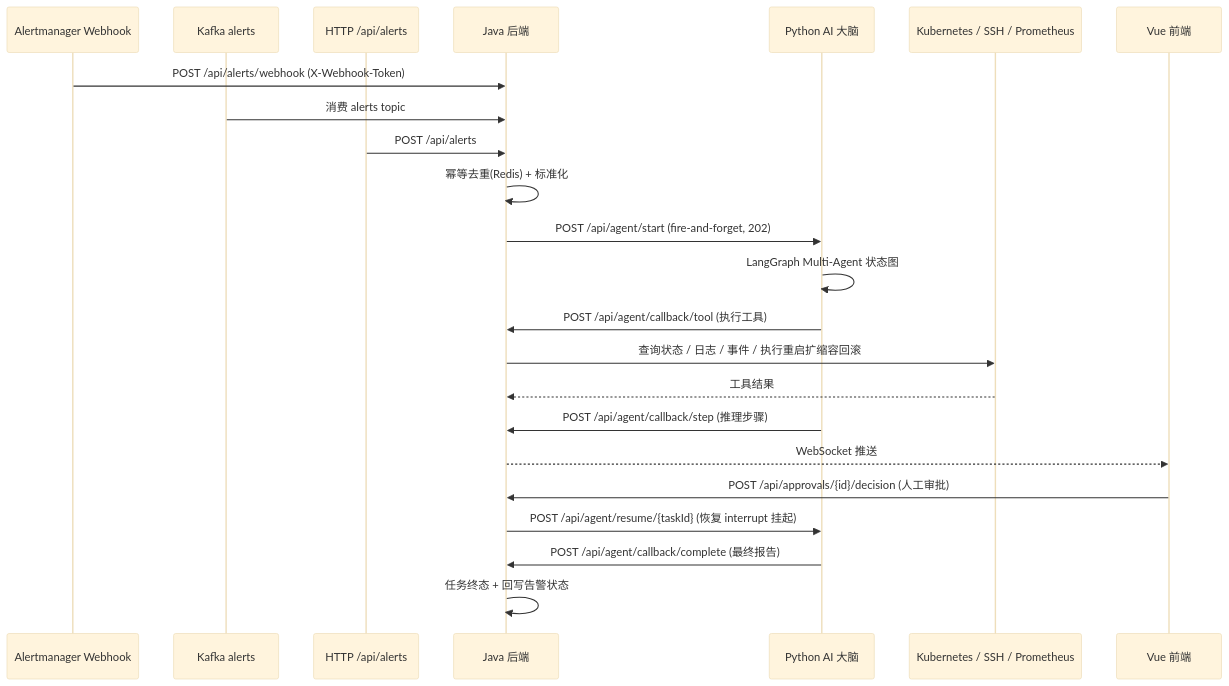
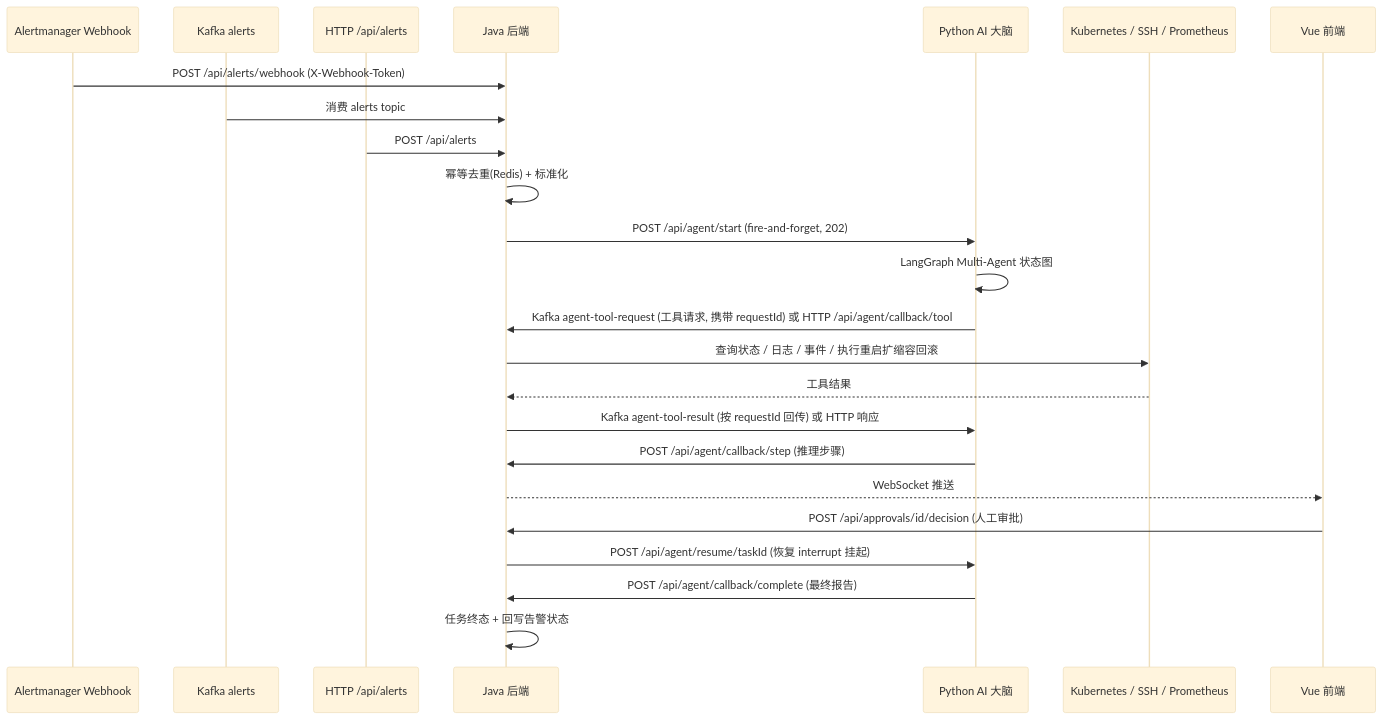
One commit to scwjsdgs/AiOps changed the first of 2 diagrams in docs/architecture.md. Above: the diagram before and after it, drawn with Mermaid (base theme). The commit also changed other lines of this file and 18 other files, not shown here.

````diff
--- a/docs/architecture.md
+++ b/docs/architecture.md
@@ -17,26 +21,27 @@
 ```mermaid
 sequenceDiagram
     participant AM as Alertmanager Webhook
     participant K as Kafka alerts
     participant H as HTTP /api/alerts
     participant J as Java 后端
     participant AI as Python AI 大脑
     participant K8s as Kubernetes / SSH / Prometheus
     participant Front as Vue 前端
 
     AM->>J: POST /api/alerts/webhook (X-Webhook-Token)
     K->>J: 消费 alerts topic
     H->>J: POST /api/alerts
     J->>J: 幂等去重(Redis) + 标准化
     J->>AI: POST /api/agent/start (fire-and-forget, 202)
     AI->>AI: LangGraph Multi-Agent 状态图
-    AI->>J: POST /api/agent/callback/tool (执行工具)
+    AI->>J: Kafka agent-tool-request (工具请求, 携带 requestId) 或 HTTP /api/agent/callback/tool
     J->>K8s: 查询状态 / 日志 / 事件 / 执行重启扩缩容回滚
     K8s-->>J: 工具结果
+    J->>AI: Kafka agent-tool-result (按 requestId 回传) 或 HTTP 响应
     AI->>J: POST /api/agent/callback/step (推理步骤)
     J-->>Front: WebSocket 推送
-    Front->>J: POST /api/approvals/{id}/decision (人工审批)
-    J->>AI: POST /api/agent/resume/{taskId} (恢复 interrupt 挂起)
+    Front->>J: POST /api/approvals/id/decision (人工审批)
+    J->>AI: POST /api/agent/resume/taskId (恢复 interrupt 挂起)
     AI->>J: POST /api/agent/callback/complete (最终报告)
     J->>J: 任务终态 + 回写告警状态
 ```
````
